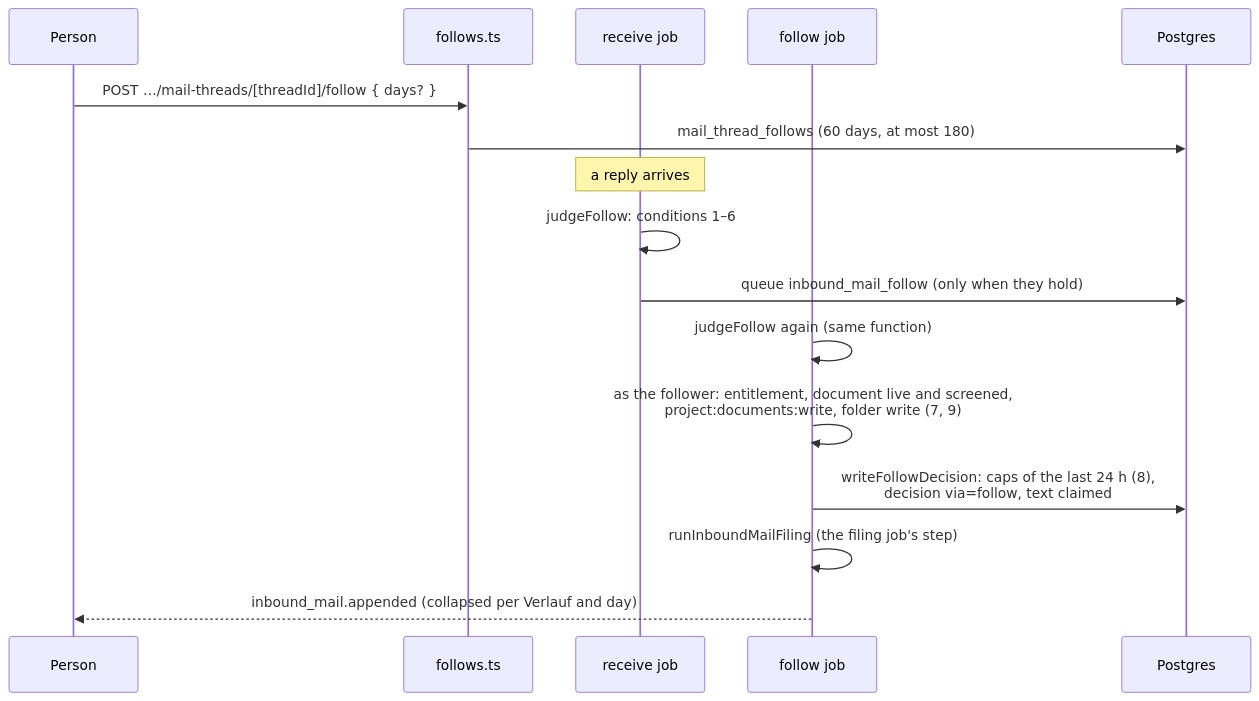
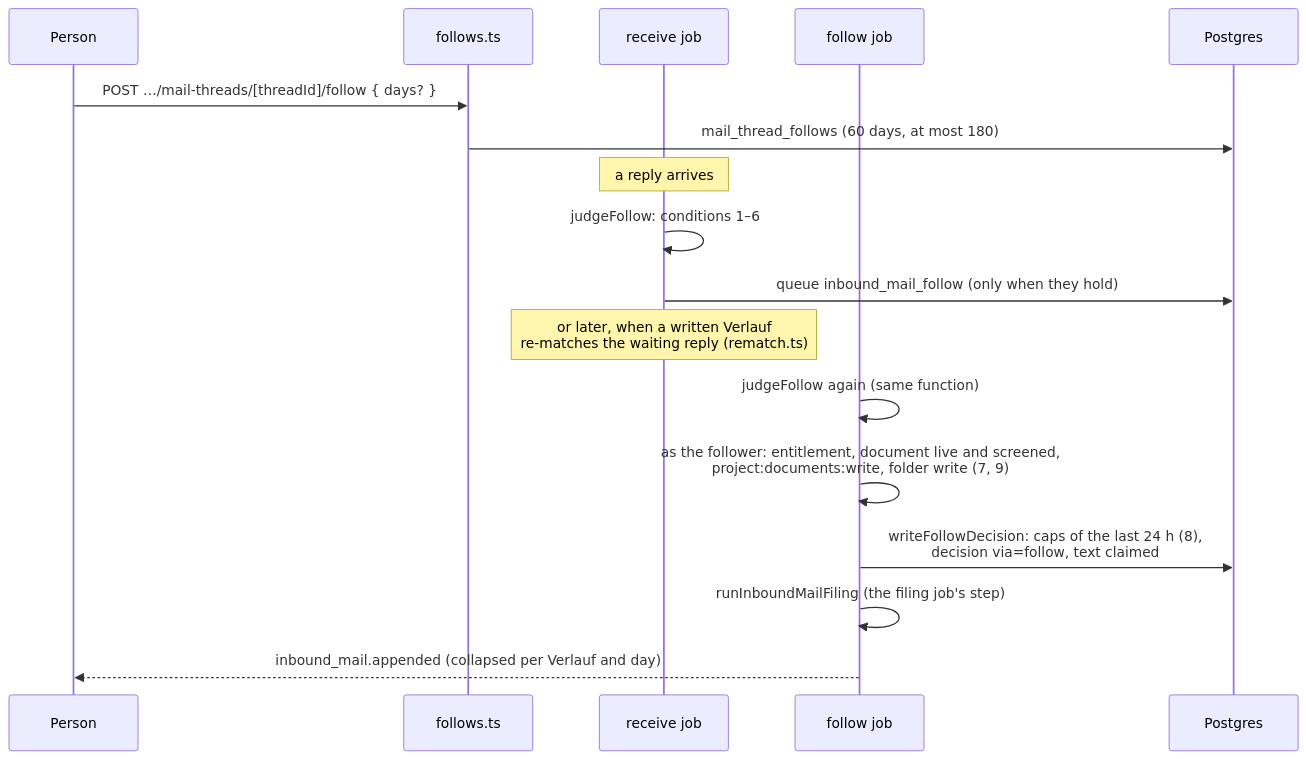
The second of 2 diagrams in docs/architecture/inbound-mail.md (archos-at/archos), drawn with Mermaid before and after one commit. The commit also changed other lines of this file and 13 other files, not shown here.

First line of the commit message:
fix(mail-thread): waiting mails are matched again when a Verlauf is written

````diff
--- a/docs/architecture/inbound-mail.md
+++ b/docs/architecture/inbound-mail.md
@@ -514,18 +523,19 @@
 ```mermaid
 sequenceDiagram
   participant P as Person
   participant F as follows.ts
   participant RJ as receive job
   participant FJ as follow job
   participant DB as Postgres
   P->>F: POST …/mail-threads/[threadId]/follow { days? }
   F->>DB: mail_thread_follows (60 days, at most 180)
   Note over RJ: a reply arrives
   RJ->>RJ: judgeFollow: conditions 1–6
   RJ->>DB: queue inbound_mail_follow (only when they hold)
+  Note over RJ: or later, when a written Verlauf<br/>re-matches the waiting reply (rematch.ts)
   FJ->>FJ: judgeFollow again (same function)
   FJ->>FJ: as the follower: entitlement, document live and screened,<br/>project:documents:write, folder write (7, 9)
   FJ->>DB: writeFollowDecision: caps of the last 24 h (8),<br/>decision via=follow, text claimed
   FJ->>FJ: runInboundMailFiling (the filing job's step)
   FJ-->>P: inbound_mail.appended (collapsed per Verlauf and day)
 ```
````
